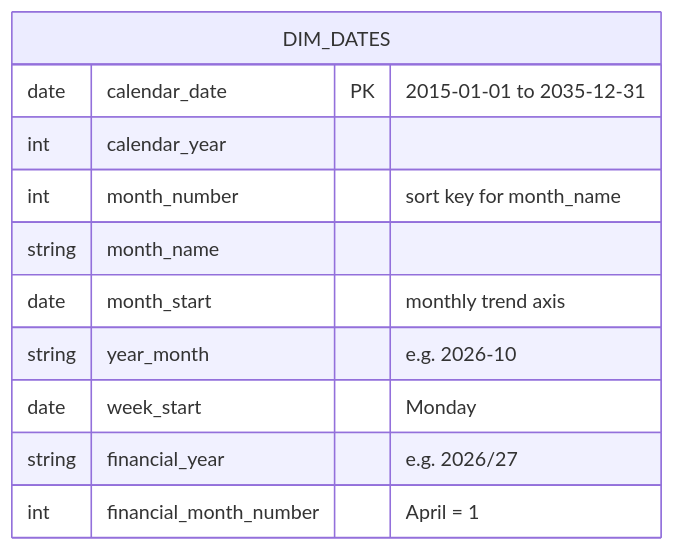
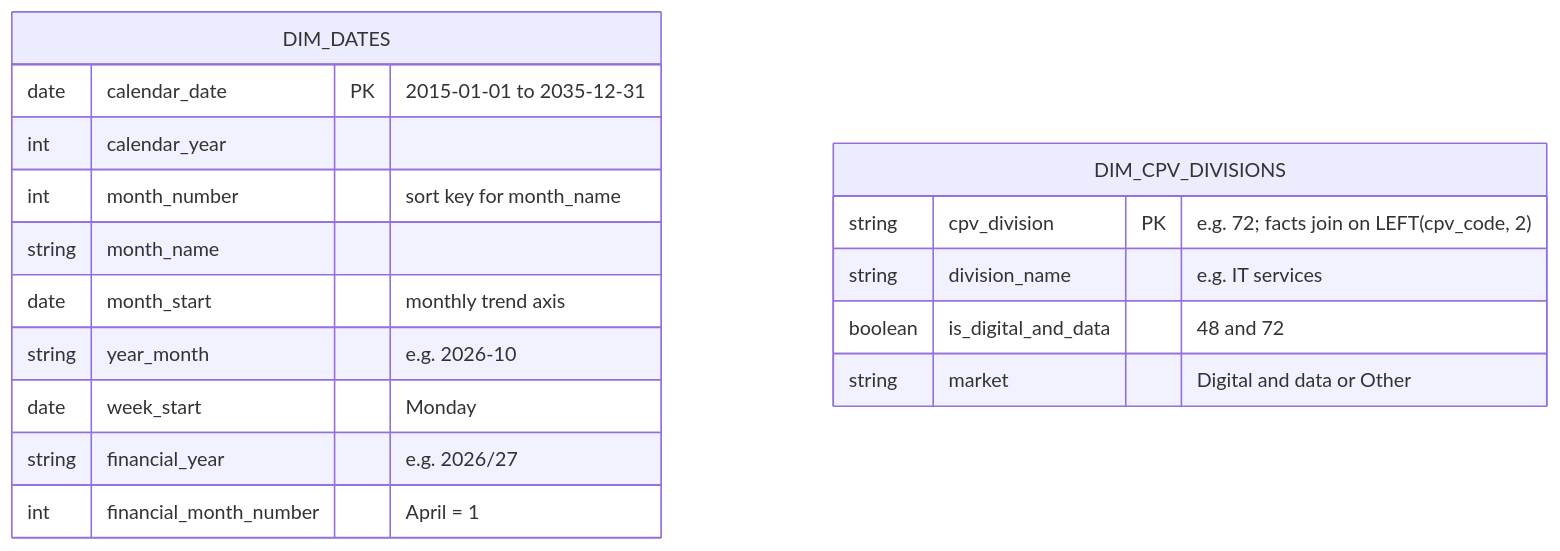
Before and after one commit to jacekjastrzebski/uk-tenders-dbt-snowflake: the diagram in docs/diagrams/marts-erd.md, drawn with Mermaid. The commit also changed other lines of this file and 8 other files, not shown here.

First line of the commit message:
Add dim_cpv_divisions with official CPV division names

````diff
--- a/docs/diagrams/marts-erd.md
+++ b/docs/diagrams/marts-erd.md
@@ -5,14 +5,20 @@
 ```mermaid
 erDiagram
     DIM_DATES {
         date calendar_date PK "2015-01-01 to 2035-12-31"
         int calendar_year
         int month_number "sort key for month_name"
         string month_name
         date month_start "monthly trend axis"
         string year_month "e.g. 2026-10"
         date week_start "Monday"
         string financial_year "e.g. 2026/27"
         int financial_month_number "April = 1"
     }
+    DIM_CPV_DIVISIONS {
+        string cpv_division PK "e.g. 72; facts join on LEFT(cpv_code, 2)"
+        string division_name "e.g. IT services"
+        boolean is_digital_and_data "48 and 72"
+        string market "Digital and data or Other"
+    }
 ```
````
